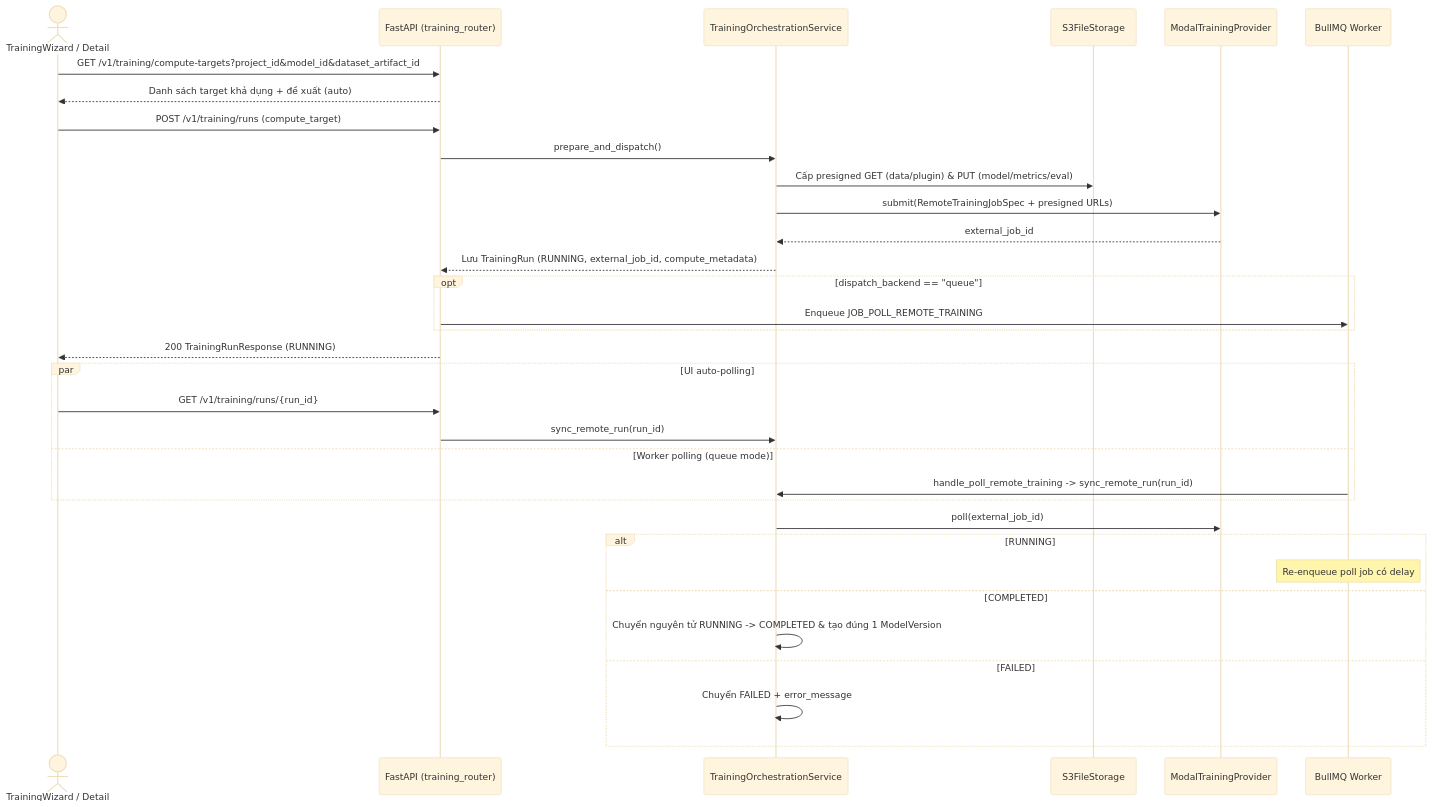
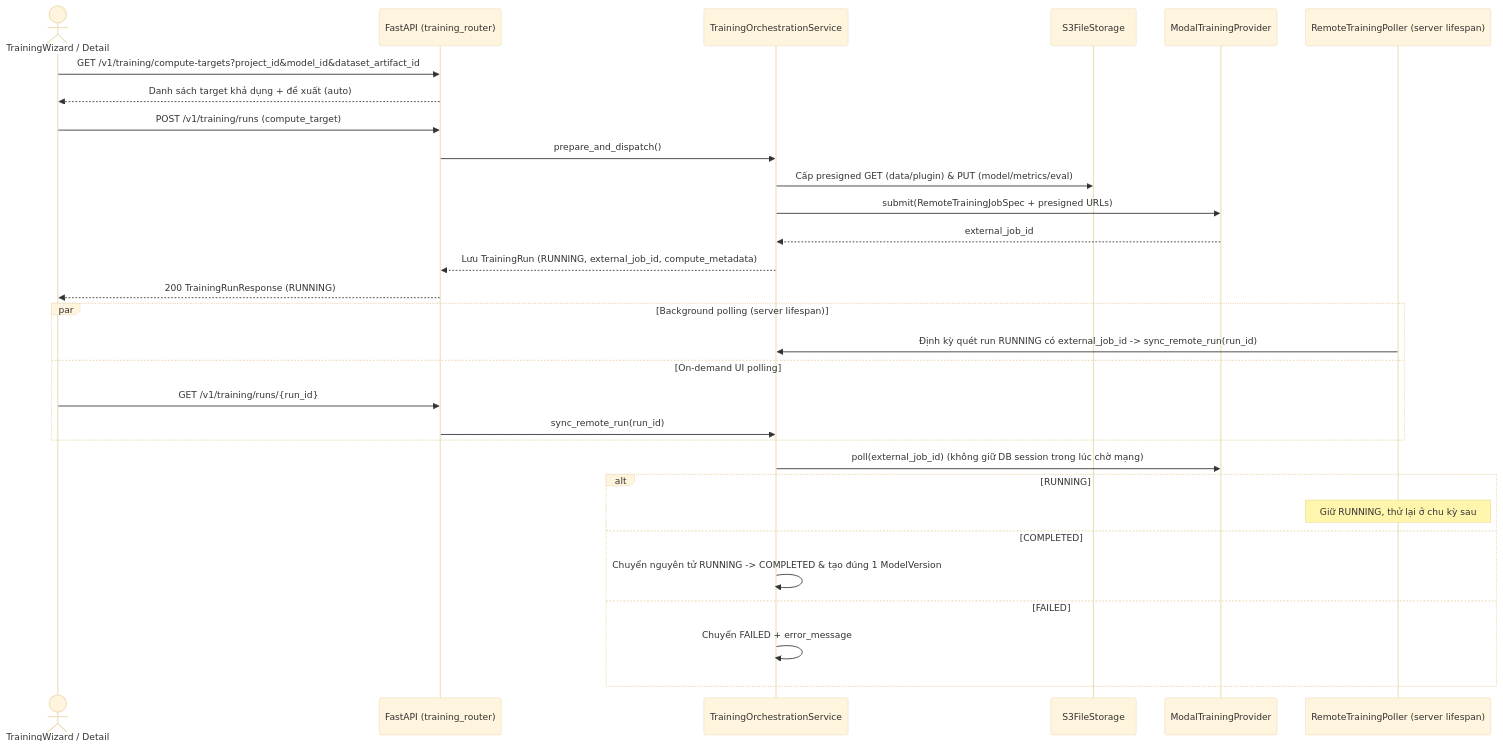
One commit to pqkkkkk/usfds changed the second of 2 diagrams in .plan/remote_training_compute.md. Above: the diagram before and after it, drawn with Mermaid (base theme). The commit also changed other lines of this file and 37 other files, not shown here.

Commit message:
feat(training): remote compute abstraction, Modal provider, in-server poller & UI selector (ISS-009)

````diff
--- a/.plan/remote_training_compute.md
+++ b/.plan/remote_training_compute.md
@@ -47,39 +47,36 @@
 ```mermaid
 sequenceDiagram
     actor UI as TrainingWizard / Detail
     participant API as FastAPI (training_router)
     participant Svc as TrainingOrchestrationService
     participant S3 as S3FileStorage
     participant Modal as ModalTrainingProvider
-    participant Worker as BullMQ Worker
+    participant Poller as RemoteTrainingPoller (server lifespan)
 
     UI->>API: GET /v1/training/compute-targets?project_id&model_id&dataset_artifact_id
     API-->>UI: Danh sách target khả dụng + đề xuất (auto)
 
     UI->>API: POST /v1/training/runs (compute_target)
     API->>Svc: prepare_and_dispatch()
     Svc->>S3: Cấp presigned GET (data/plugin) & PUT (model/metrics/eval)
     Svc->>Modal: submit(RemoteTrainingJobSpec + presigned URLs)
     Modal-->>Svc: external_job_id
     Svc-->>API: Lưu TrainingRun (RUNNING, external_job_id, compute_metadata)
-    opt dispatch_backend == "queue"
-        API->>Worker: Enqueue JOB_POLL_REMOTE_TRAINING
-    end
     API-->>UI: 200 TrainingRunResponse (RUNNING)
 
-    par UI auto-polling
+    par Background polling (server lifespan)
+        Poller->>Svc: Định kỳ quét run RUNNING có external_job_id -> sync_remote_run(run_id)
+    and On-demand UI polling
         UI->>API: GET /v1/training/runs/{run_id}
         API->>Svc: sync_remote_run(run_id)
-    and Worker polling (queue mode)
-        Worker->>Svc: handle_poll_remote_training -> sync_remote_run(run_id)
     end
 
-    Svc->>Modal: poll(external_job_id)
+    Svc->>Modal: poll(external_job_id) (không giữ DB session trong lúc chờ mạng)
     alt RUNNING
-        Note over Worker: Re-enqueue poll job có delay
+        Note over Poller: Giữ RUNNING, thử lại ở chu kỳ sau
     else COMPLETED
         Svc->>Svc: Chuyển nguyên tử RUNNING -> COMPLETED & tạo đúng 1 ModelVersion
     else FAILED
         Svc->>Svc: Chuyển FAILED + error_message
     end
 ```
````
